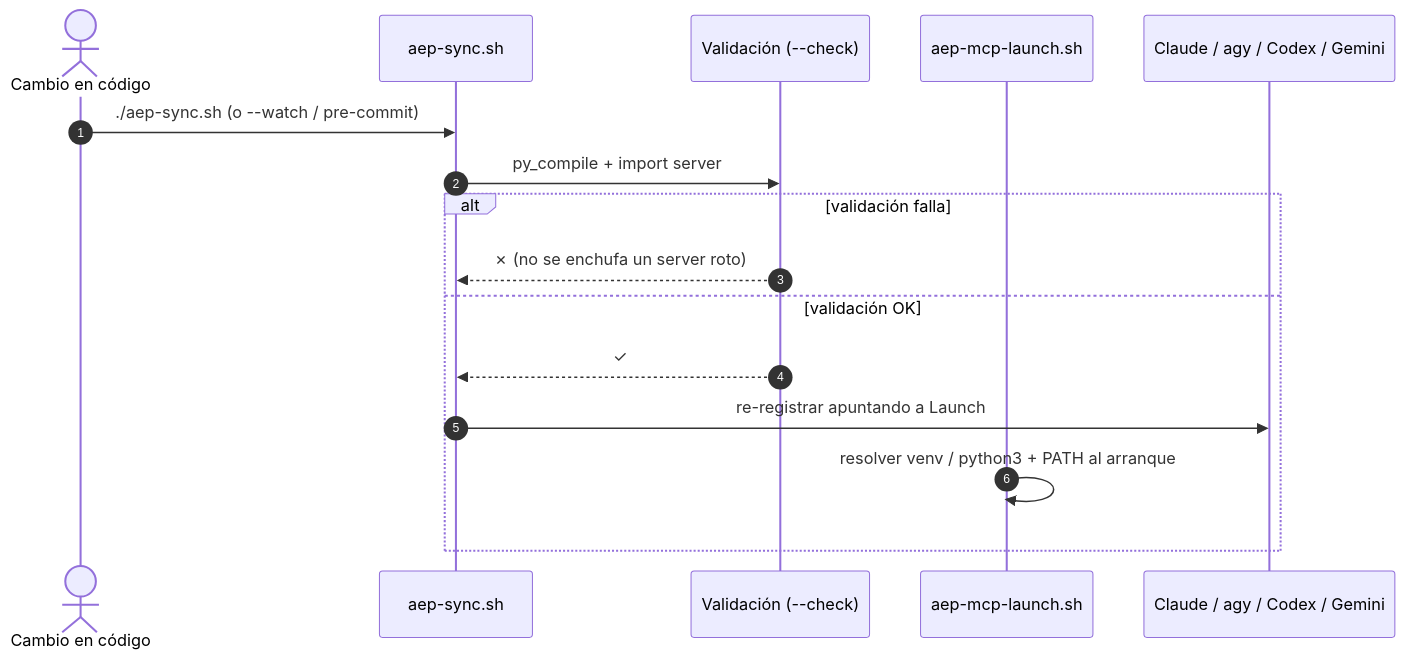
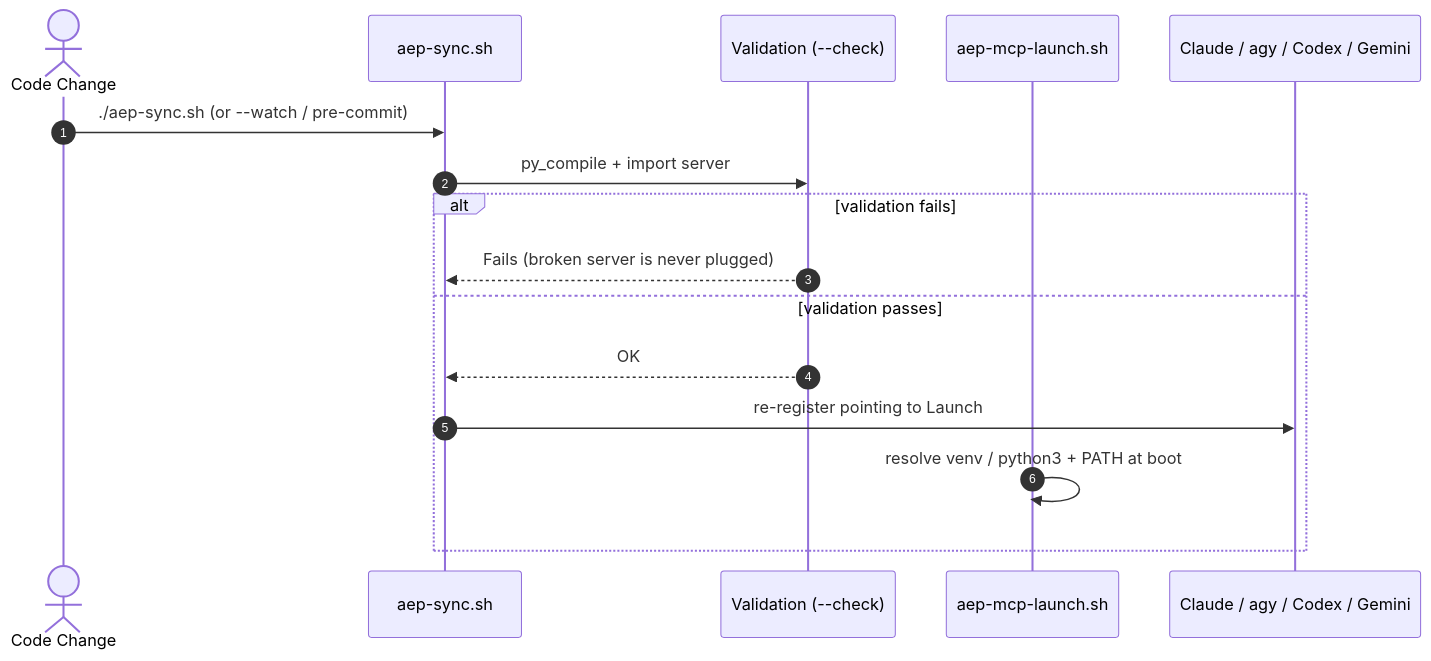
Before and after one commit to ancrz/agent-execution-plane: diagram 13 of 16 in README.md, drawn with Mermaid. The commit also changed other lines of this file, not shown here.

Commit message:
docs(readme): translate entire specification to English and fix Mermaid diagram syntax errors

````diff
--- a/README.md
+++ b/README.md
@@ -808,19 +761,19 @@
 ```mermaid
 sequenceDiagram
     autonumber
-    actor Dev as Cambio en código
+    actor Dev as Code Change
     participant Sync as aep-sync.sh
-    participant Val as Validación (--check)
+    participant Val as Validation (--check)
     participant Launch as aep-mcp-launch.sh
     participant Clients as Claude / agy / Codex / Gemini
 
-    Dev->>Sync: ./aep-sync.sh (o --watch / pre-commit)
+    Dev->>Sync: ./aep-sync.sh (or --watch / pre-commit)
     Sync->>Val: py_compile + import server
-    alt validación falla
-        Val-->>Sync: ✗ (no se enchufa un server roto)
-    else validación OK
-        Val-->>Sync: ✓
-        Sync->>Clients: re-registrar apuntando a Launch
-        Launch->>Launch: resolver venv / python3 + PATH al arranque
+    alt validation fails
+        Val-->>Sync: Fails (broken server is never plugged)
+    else validation passes
+        Val-->>Sync: OK
+        Sync->>Clients: re-register pointing to Launch
+        Launch->>Launch: resolve venv / python3 + PATH at boot
     end
 ```
````
